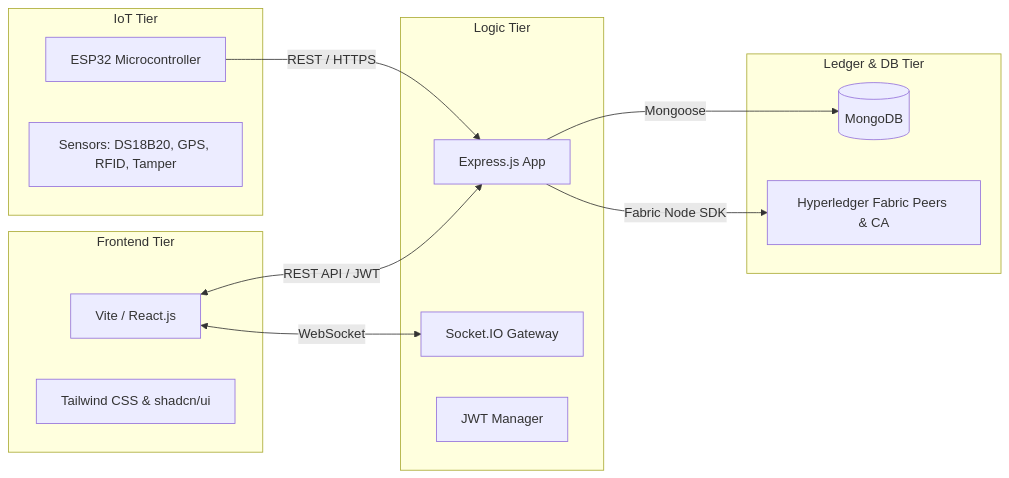
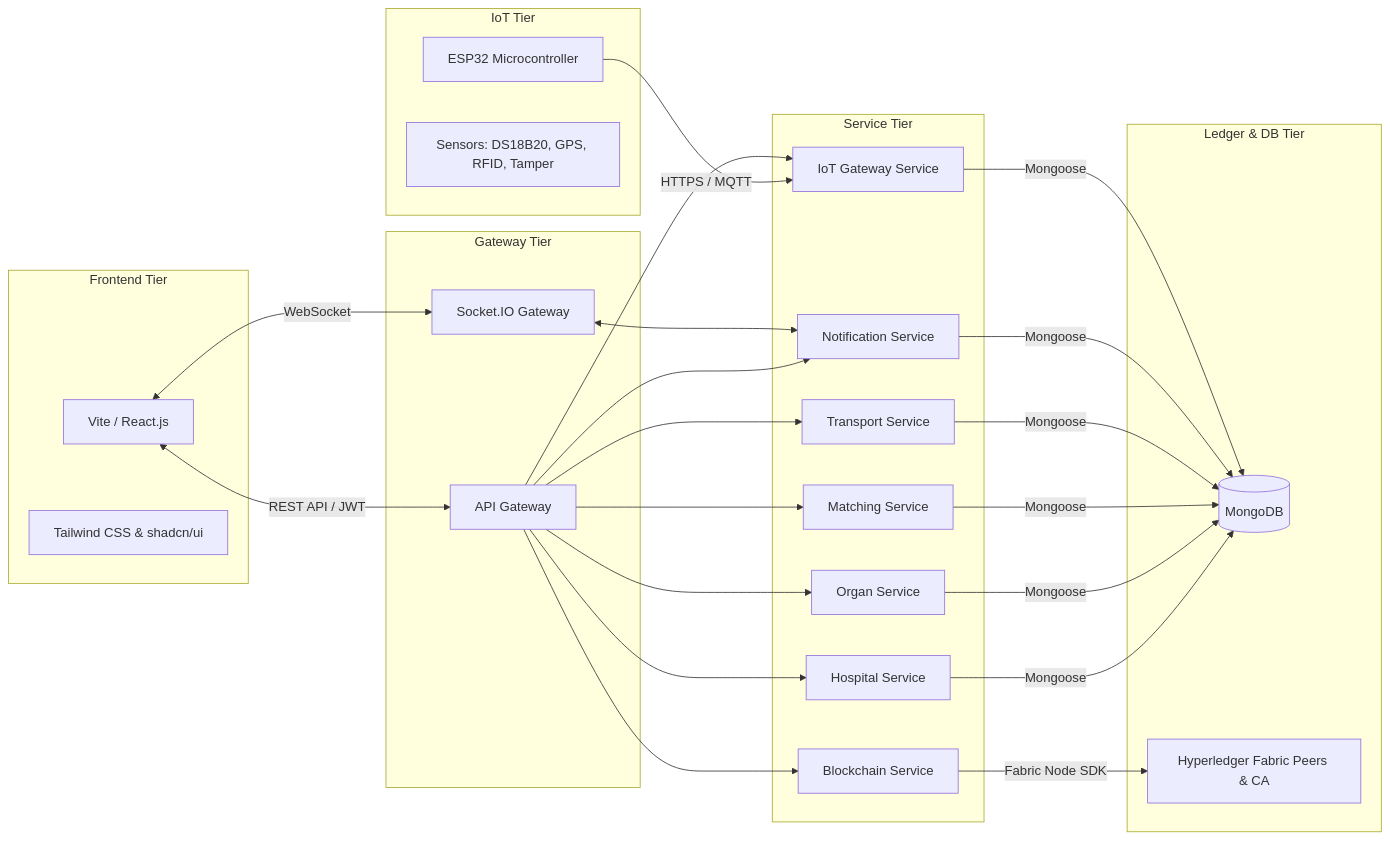
Before and after one commit to soubhagyadevchaturvedicse24-hub/V1-Organ-Transport-System: the second of 12 diagrams in docs/architecture/SYSTEM_ARCHITECTURE.md, drawn with Mermaid. The commit also changed other lines of this file, not shown here.

Commit message:
docs: refine SYSTEM_ARCHITECTURE.md with modular diagrams and flows

````diff
--- a/docs/architecture/SYSTEM_ARCHITECTURE.md
+++ b/docs/architecture/SYSTEM_ARCHITECTURE.md
@@ -59,29 +71,40 @@
 ```mermaid
 graph LR
     subgraph Frontend Tier
         React[Vite / React.js]
         Tailwind[Tailwind CSS & shadcn/ui]
     end
 
-    subgraph Logic Tier
-        Express[Express.js App]
+    subgraph Gateway Tier
+        AG[API Gateway]
         SocketIO[Socket.IO Gateway]
-        Auth[JWT Manager]
+    end
+
+    subgraph Service Tier
+        HS[Hospital Service]
+        OS[Organ Service]
+        MS[Matching Service]
+        TS[Transport Service]
+        BS[Blockchain Service]
+        NS[Notification Service]
+        IS[IoT Gateway Service]
     end
 
     subgraph IoT Tier
         ESP32[ESP32 Microcontroller]
         Sensors[Sensors: DS18B20, GPS, RFID, Tamper]
     end
 
     subgraph Ledger & DB Tier
         Mongo[(MongoDB)]
         HLF[Hyperledger Fabric Peers & CA]
     end
 
-    React <-->|REST API / JWT| Express
+    React <-->|REST API / JWT| AG
     React <-->|WebSocket| SocketIO
-    ESP32 -->|REST / HTTPS| Express
-    Express -->|Mongoose| Mongo
-    Express -->|Fabric Node SDK| HLF
+    ESP32 -->|HTTPS / MQTT| IS
+    AG --> HS & OS & MS & TS & BS & NS & IS
+    HS & OS & MS & TS & NS & IS -->|Mongoose| Mongo
+    BS -->|Fabric Node SDK| HLF
+    SocketIO <--> NS
 ```
````
